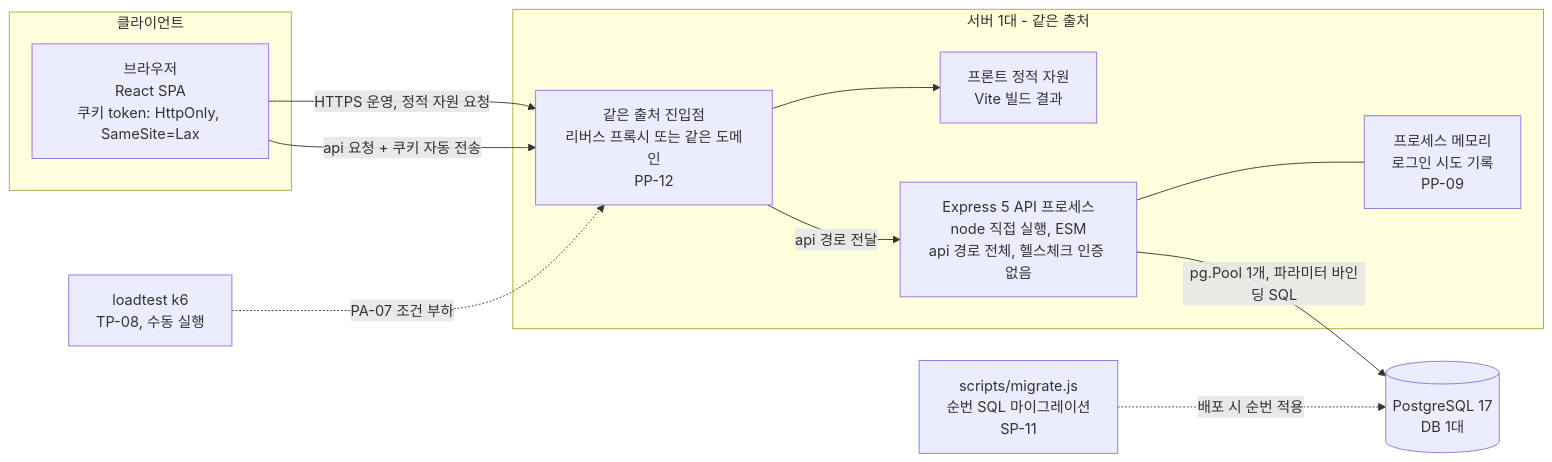
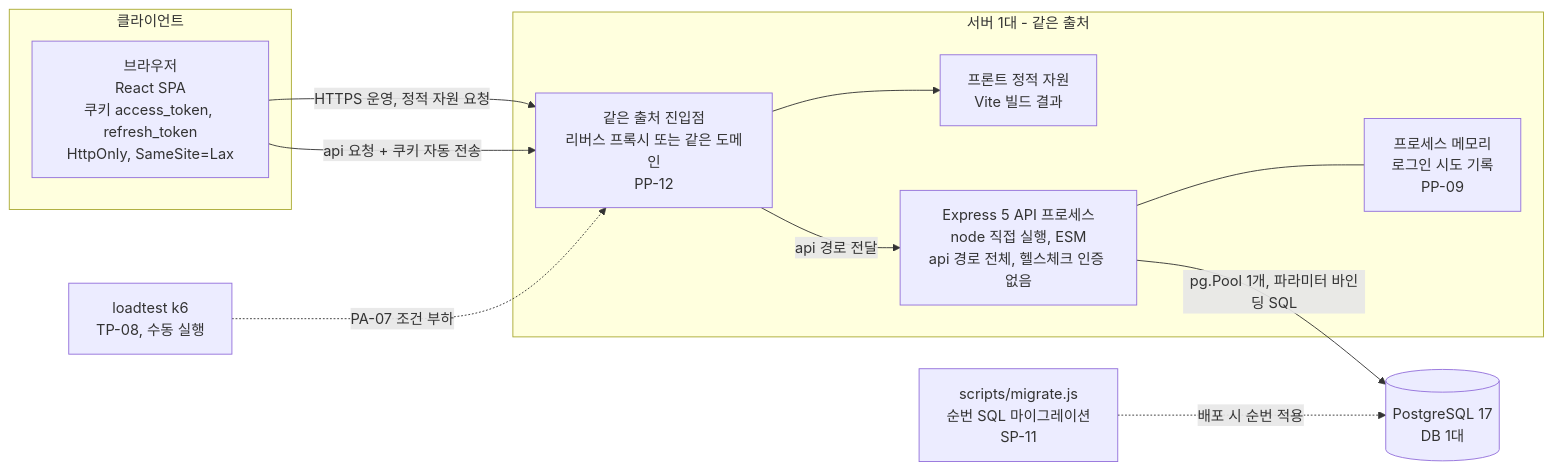
One commit to wjdxo513/todolist-app changed the first of 14 diagrams in docs/6-arch-diagram.md. Above: the diagram before and after it, drawn with Mermaid. The commit also changed other lines of this file and 7 other files, not shown here.

First line of the commit message:
docs: 실행 계획 추가, JWT HS384·Refresh Token 적용, 문서 간 불일치 정리

````diff
--- a/docs/6-arch-diagram.md
+++ b/docs/6-arch-diagram.md
@@ -42,26 +53,26 @@
 ```mermaid
 flowchart LR
     subgraph CLIENT["클라이언트"]
-        B["브라우저<br/>React SPA<br/>쿠키 token: HttpOnly, SameSite=Lax"]
+        B["브라우저<br/>React SPA<br/>쿠키 access_token, refresh_token<br/>HttpOnly, SameSite=Lax"]
     end
 
     subgraph SERVER["서버 1대 - 같은 출처"]
         EP["같은 출처 진입점<br/>리버스 프록시 또는 같은 도메인<br/>PP-12"]
         STATIC["프론트 정적 자원<br/>Vite 빌드 결과"]
         API["Express 5 API 프로세스<br/>node 직접 실행, ESM<br/>api 경로 전체, 헬스체크 인증 없음"]
         MEM["프로세스 메모리<br/>로그인 시도 기록<br/>PP-09"]
         API --- MEM
     end
 
     DB[("PostgreSQL 17<br/>DB 1대")]
     MIG["scripts/migrate.js<br/>순번 SQL 마이그레이션<br/>SP-11"]
     K6["loadtest k6<br/>TP-08, 수동 실행"]
 
     B -->|"HTTPS 운영, 정적 자원 요청"| EP
     EP --> STATIC
     B -->|"api 요청 + 쿠키 자동 전송"| EP
     EP -->|"api 경로 전달"| API
     API -->|"pg.Pool 1개, 파라미터 바인딩 SQL"| DB
     MIG -.->|"배포 시 순번 적용"| DB
     K6 -.->|"PA-07 조건 부하"| EP
 ```
````
